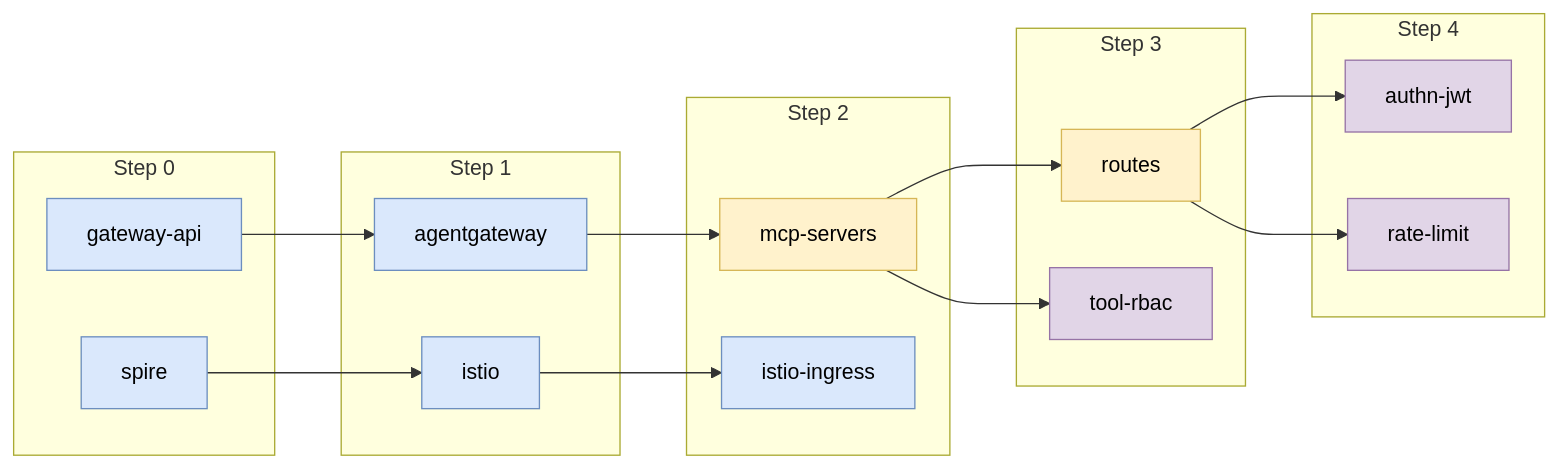
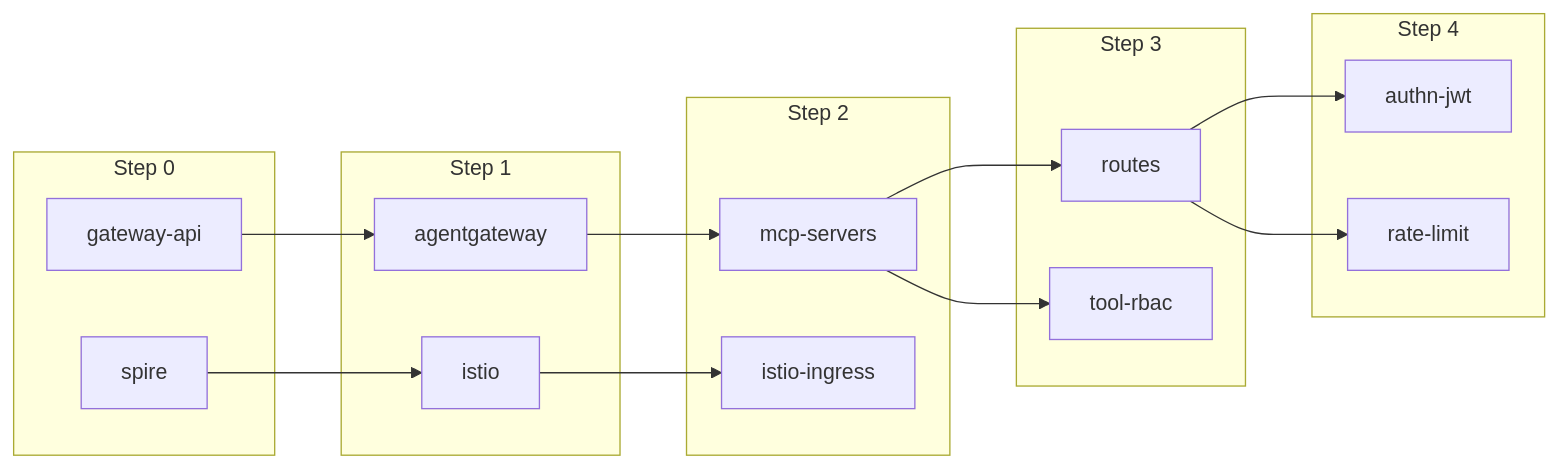
Before and after one commit to raghav19/engineersdaybook: the third of 4 diagrams in code/mcp-sandbox/part-3-mcp-guardrails/docs/orchestration.md, drawn with Mermaid. The commit also changed other lines of this file and 2 other files, not shown here.

Commit message:
Draw the orchestration as steps in order
Show the five steps as columns, the units of a step stacked in it, one color, no legend, and the rule on the picture: units in a step apply in parallel, and a unit starts when the units it waits for are Ready. The mermaid graph has the same steps.

````diff
--- a/code/mcp-sandbox/part-3-mcp-guardrails/docs/orchestration.md
+++ b/code/mcp-sandbox/part-3-mcp-guardrails/docs/orchestration.md
@@ -115,37 +115,31 @@
 ```mermaid
 flowchart LR
   subgraph s0["Step 0"]
     gwapi["gateway-api"]
     spire["spire"]
   end
   subgraph s1["Step 1"]
     agw["agentgateway"]
     istio["istio"]
   end
   subgraph s2["Step 2"]
     mcp["mcp-servers"]
     ingress["istio-ingress"]
   end
   subgraph s3["Step 3"]
     routes["routes"]
     rbac["tool-rbac"]
   end
   subgraph s4["Step 4"]
     jwt["authn-jwt"]
     rate["rate-limit"]
   end
   gwapi --> agw
   spire --> istio
   istio --> ingress
   agw --> mcp
   mcp --> routes
   mcp --> rbac
   routes --> jwt
   routes --> rate
-  classDef addon fill:#dae8fc,stroke:#6c8ebf,color:#000
-  classDef traffic fill:#fff2cc,stroke:#d6b656,color:#000
-  classDef policy fill:#e1d5e7,stroke:#9673a6,color:#000
-  class gwapi,spire,agw,istio,ingress addon
-  class mcp,routes traffic
-  class rbac,jwt,rate policy
 ```
````
